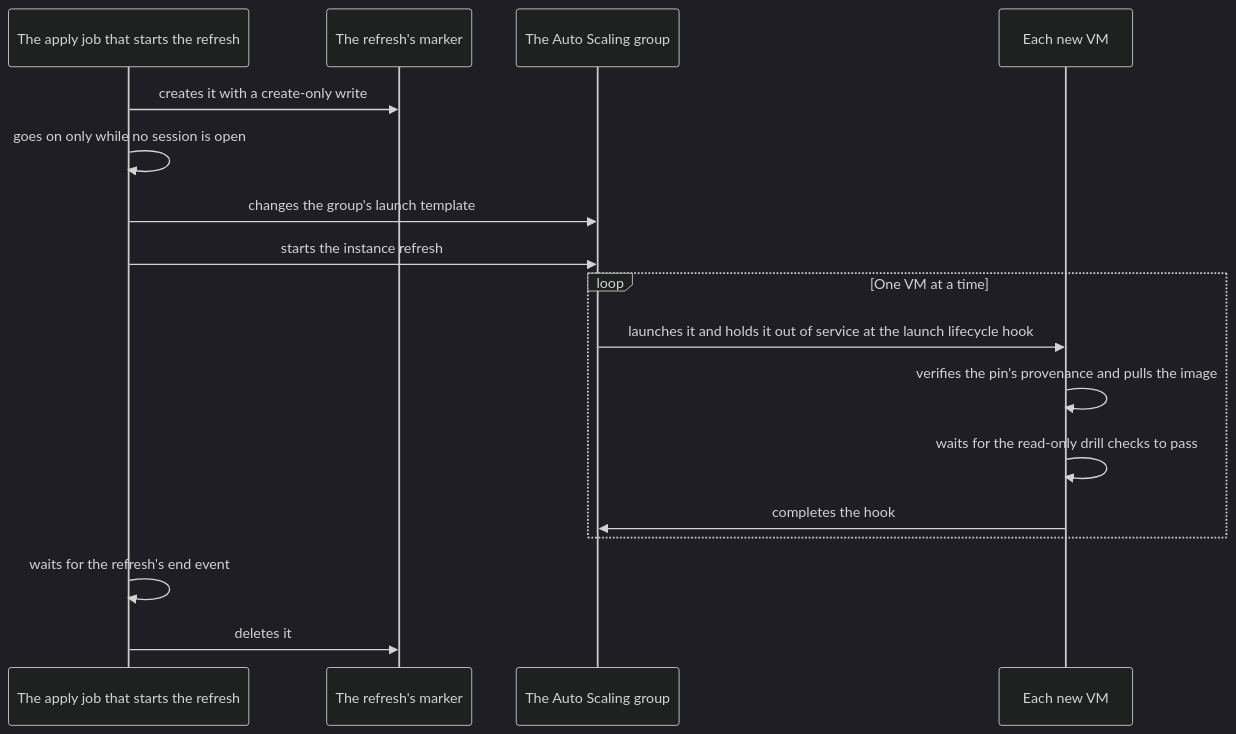
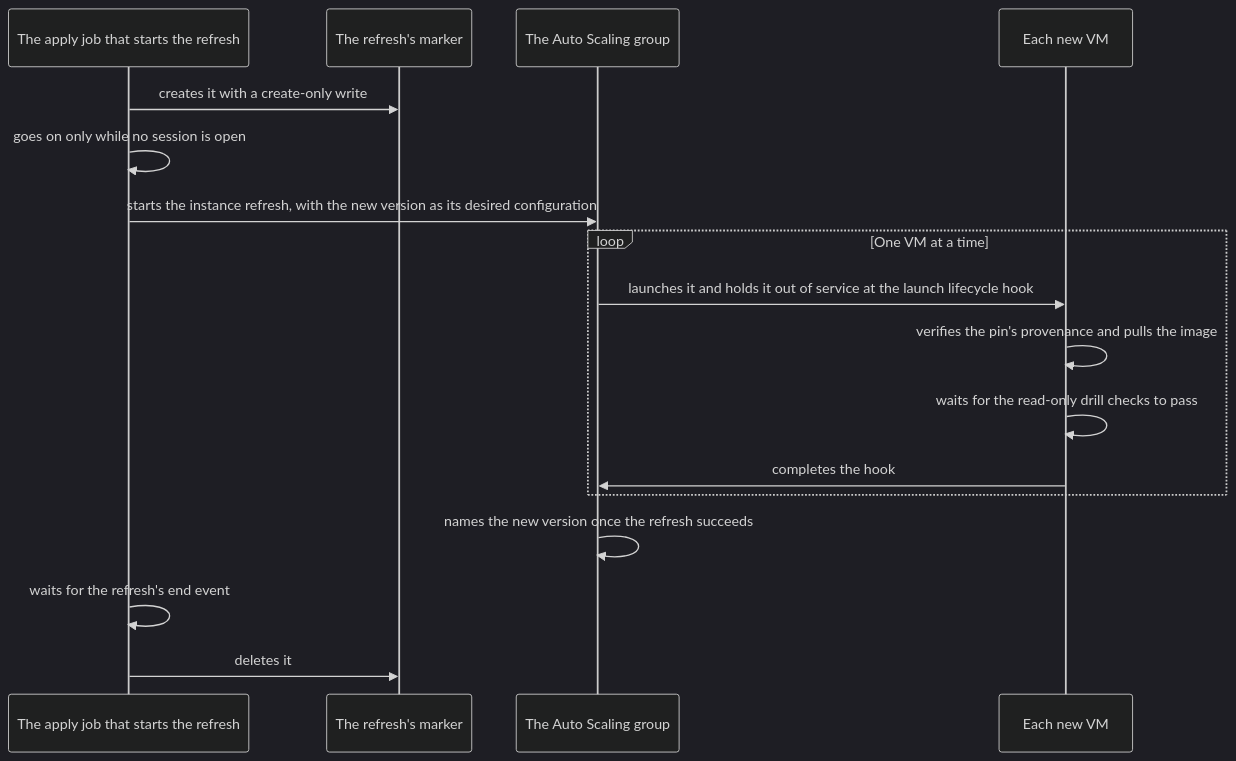
Before and after one commit to l3a0/ithildin-runtime: the third of 5 diagrams in docs/architecture/07-deployment.md, drawn with Mermaid (dark theme). The commit also changed other lines of this file and 3 other files, not shown here.

First line of the commit message:
docs: roll a VM image out through the refresh's desired configuration, and shrink the cleanup

````diff
--- a/docs/architecture/07-deployment.md
+++ b/docs/architecture/07-deployment.md
@@ -570,19 +571,19 @@
 ```mermaid
 sequenceDiagram
     participant Job as The apply job that starts the refresh
     participant Marker as The refresh's marker
     participant Group as The Auto Scaling group
     participant VM as Each new VM
     Job->>Marker: creates it with a create-only write
     Job->>Job: goes on only while no session is open
-    Job->>Group: changes the group's launch template
-    Job->>Group: starts the instance refresh
+    Job->>Group: starts the instance refresh, with the new version as its desired configuration
     loop One VM at a time
         Group->>VM: launches it and holds it out of service at the launch lifecycle hook
         VM->>VM: verifies the pin's provenance and pulls the image
         VM->>VM: waits for the read-only drill checks to pass
         VM->>Group: completes the hook
     end
+    Group->>Group: names the new version once the refresh succeeds
     Job->>Job: waits for the refresh's end event
     Job->>Marker: deletes it
 ```
````
